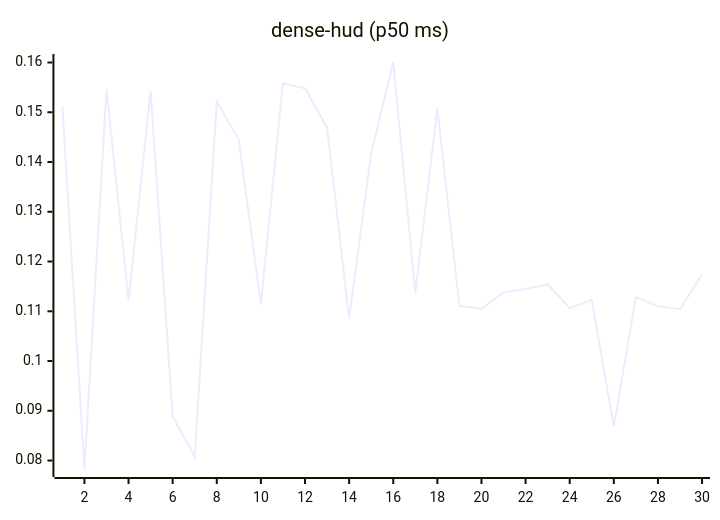
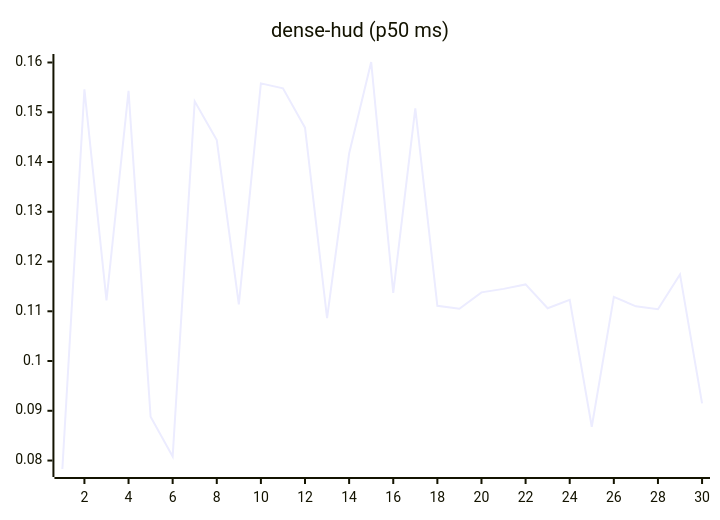
Before and after one commit to josha/Facet: the eighth of 27 diagrams in README.md, drawn with Mermaid. The commit also changed other lines of this file and 2 other files, not shown here.

````diff
--- a/README.md
+++ b/README.md
@@ -112,6 +112,6 @@
 ```mermaid
 xychart-beta
     title "dense-hud (p50 ms)"
     x-axis 1 --> 30
-    line [0.1512, 0.0783, 0.1546, 0.1122, 0.1543, 0.0888, 0.0808, 0.1522, 0.1444, 0.1114, 0.1558, 0.1548, 0.1469, 0.1086, 0.1417, 0.1601, 0.1137, 0.1508, 0.1111, 0.1105, 0.1138, 0.1145, 0.1154, 0.1106, 0.1123, 0.0868, 0.1129, 0.1110, 0.1104, 0.1174]
+    line [0.0783, 0.1546, 0.1122, 0.1543, 0.0888, 0.0808, 0.1522, 0.1444, 0.1114, 0.1558, 0.1548, 0.1469, 0.1086, 0.1417, 0.1601, 0.1137, 0.1508, 0.1111, 0.1105, 0.1138, 0.1145, 0.1154, 0.1106, 0.1123, 0.0868, 0.1129, 0.1110, 0.1104, 0.1174, 0.0915]
 ```
````
